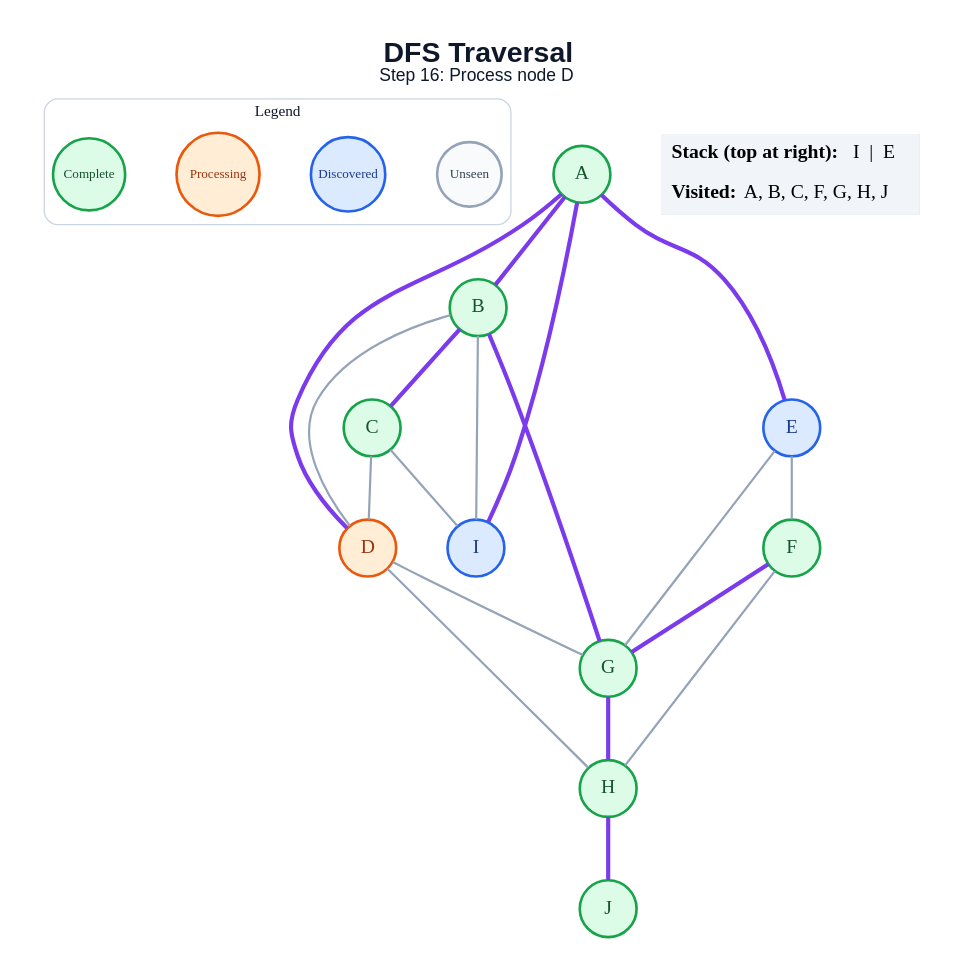
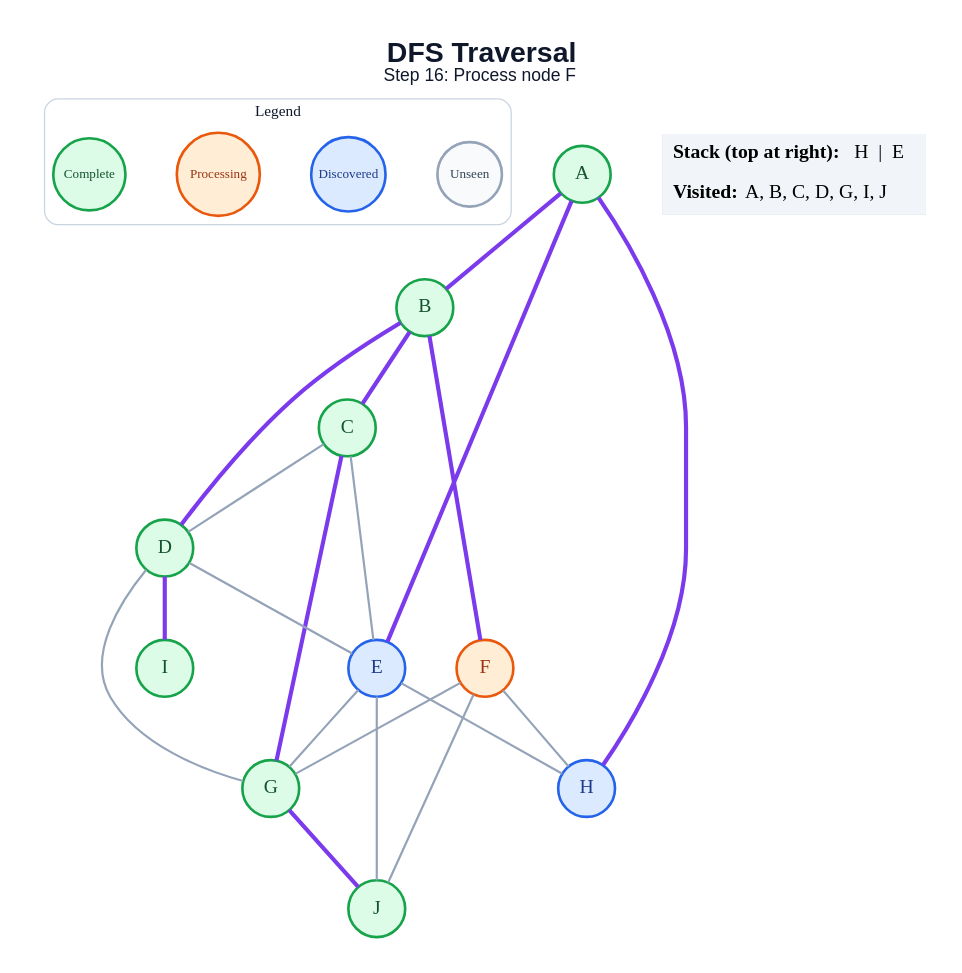
The diagram in generated/dfs/step_16.dot (amanghodawala9/ai-slop), drawn with Graphviz before and after one commit. The commit also changed 178 other files, not shown here.

```diff
--- a/generated/dfs/step_16.dot
+++ b/generated/dfs/step_16.dot
@@ -1,47 +1,48 @@
 graph traversal {
   graph [layout=dot, rankdir=TB, bgcolor="#FFFFFF", pad="0.35", nodesep="0.65", ranksep="0.8", fontname="Arial"];
   node [shape=circle, style="filled", fontname="Arial Bold", fontsize=18, width=0.72, fixedsize=true, penwidth=2.4];
   edge [color="#94A3B8", penwidth=2.0];
-  label=<<B>DFS Traversal</B><BR/><FONT POINT-SIZE="16">Step 16: Process node D</FONT>>; labelloc="t"; fontsize=26; fontname="Arial"; fontcolor="#0F172A";
+  label=<<B>DFS Traversal</B><BR/><FONT POINT-SIZE="16">Step 16: Process node F</FONT>>; labelloc="t"; fontsize=26; fontname="Arial"; fontcolor="#0F172A";
   subgraph cluster_legend { label="Legend"; color="#CBD5E1"; penwidth=1.2; style="rounded"; fontsize=14; fontname="Arial Bold";
     key_unseen [label="Unseen", fillcolor="#F8FAFC", color="#94A3B8", fontcolor="#334155", fontsize=12, width=0.82];
     key_frontier [label="Discovered", fillcolor="#DBEAFE", color="#2563EB", fontcolor="#1E3A8A", fontsize=12, width=0.95];
     key_current [label="Processing", fillcolor="#FFEDD5", color="#EA580C", fontcolor="#9A3412", fontsize=12, width=1.05];
     key_done [label="Complete", fillcolor="#DCFCE7", color="#16A34A", fontcolor="#14532D", fontsize=12, width=0.92];
     { rank=same; key_unseen; key_frontier; key_current; key_done; }
   }
   A [fillcolor="#DCFCE7", color="#16A34A", fontcolor="#14532D"];
   B [fillcolor="#DCFCE7", color="#16A34A", fontcolor="#14532D"];
   C [fillcolor="#DCFCE7", color="#16A34A", fontcolor="#14532D"];
-  D [fillcolor="#FFEDD5", color="#EA580C", fontcolor="#9A3412"];
+  D [fillcolor="#DCFCE7", color="#16A34A", fontcolor="#14532D"];
   E [fillcolor="#DBEAFE", color="#2563EB", fontcolor="#1E3A8A"];
-  F [fillcolor="#DCFCE7", color="#16A34A", fontcolor="#14532D"];
+  F [fillcolor="#FFEDD5", color="#EA580C", fontcolor="#9A3412"];
   G [fillcolor="#DCFCE7", color="#16A34A", fontcolor="#14532D"];
-  H [fillcolor="#DCFCE7", color="#16A34A", fontcolor="#14532D"];
-  I [fillcolor="#DBEAFE", color="#2563EB", fontcolor="#1E3A8A"];
+  H [fillcolor="#DBEAFE", color="#2563EB", fontcolor="#1E3A8A"];
+  I [fillcolor="#DCFCE7", color="#16A34A", fontcolor="#14532D"];
   J [fillcolor="#DCFCE7", color="#16A34A", fontcolor="#14532D"];
   A -- B [color="#7C3AED", penwidth=3.8];
-  A -- D [color="#7C3AED", penwidth=3.8];
   A -- E [color="#7C3AED", penwidth=3.8];
-  A -- I [color="#7C3AED", penwidth=3.8];
+  A -- H [color="#7C3AED", penwidth=3.8];
   B -- C [color="#7C3AED", penwidth=3.8];
-  B -- D;
-  B -- G [color="#7C3AED", penwidth=3.8];
-  B -- I;
+  B -- D [color="#7C3AED", penwidth=3.8];
+  B -- F [color="#7C3AED", penwidth=3.8];
   C -- D;
-  C -- I;
+  C -- E;
+  C -- G [color="#7C3AED", penwidth=3.8];
+  D -- E;
   D -- G;
-  D -- H;
-  E -- F;
+  D -- I [color="#7C3AED", penwidth=3.8];
   E -- G;
-  F -- G [color="#7C3AED", penwidth=3.8];
+  E -- H;
+  E -- J;
+  F -- G;
   F -- H;
-  G -- H [color="#7C3AED", penwidth=3.8];
-  H -- J [color="#7C3AED", penwidth=3.8];
+  F -- J;
+  G -- J [color="#7C3AED", penwidth=3.8];
   status [shape=plain, fixedsize=false, width=0, height=0, margin=0, label=<
     <TABLE BORDER="0" CELLBORDER="0" CELLPADDING="7" BGCOLOR="#F1F5F9">
-      <TR><TD ALIGN="LEFT"><B>Stack (top at right):</B> I  |  E</TD></TR>
-      <TR><TD ALIGN="LEFT"><B>Visited:</B> A, B, C, F, G, H, J</TD></TR>
+      <TR><TD ALIGN="LEFT"><B>Stack (top at right):</B> H  |  E</TD></TR>
+      <TR><TD ALIGN="LEFT"><B>Visited:</B> A, B, C, D, G, I, J</TD></TR>
     </TABLE>
   >];
 }
```
